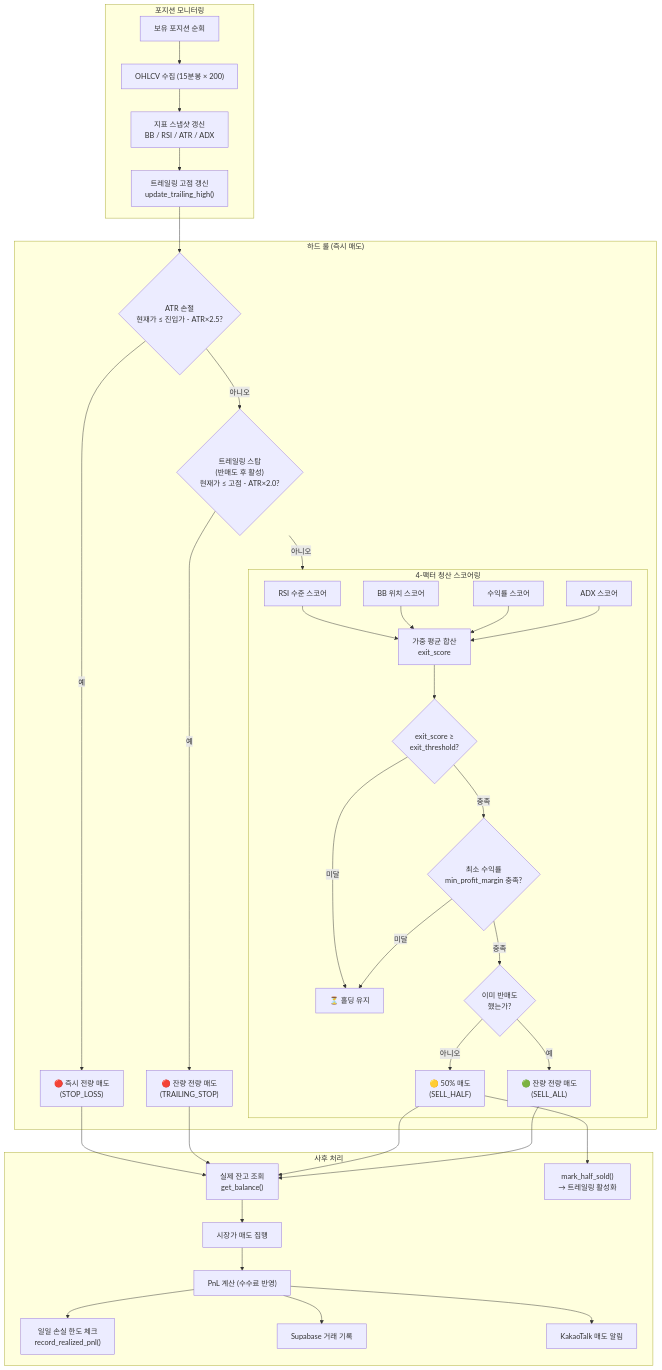
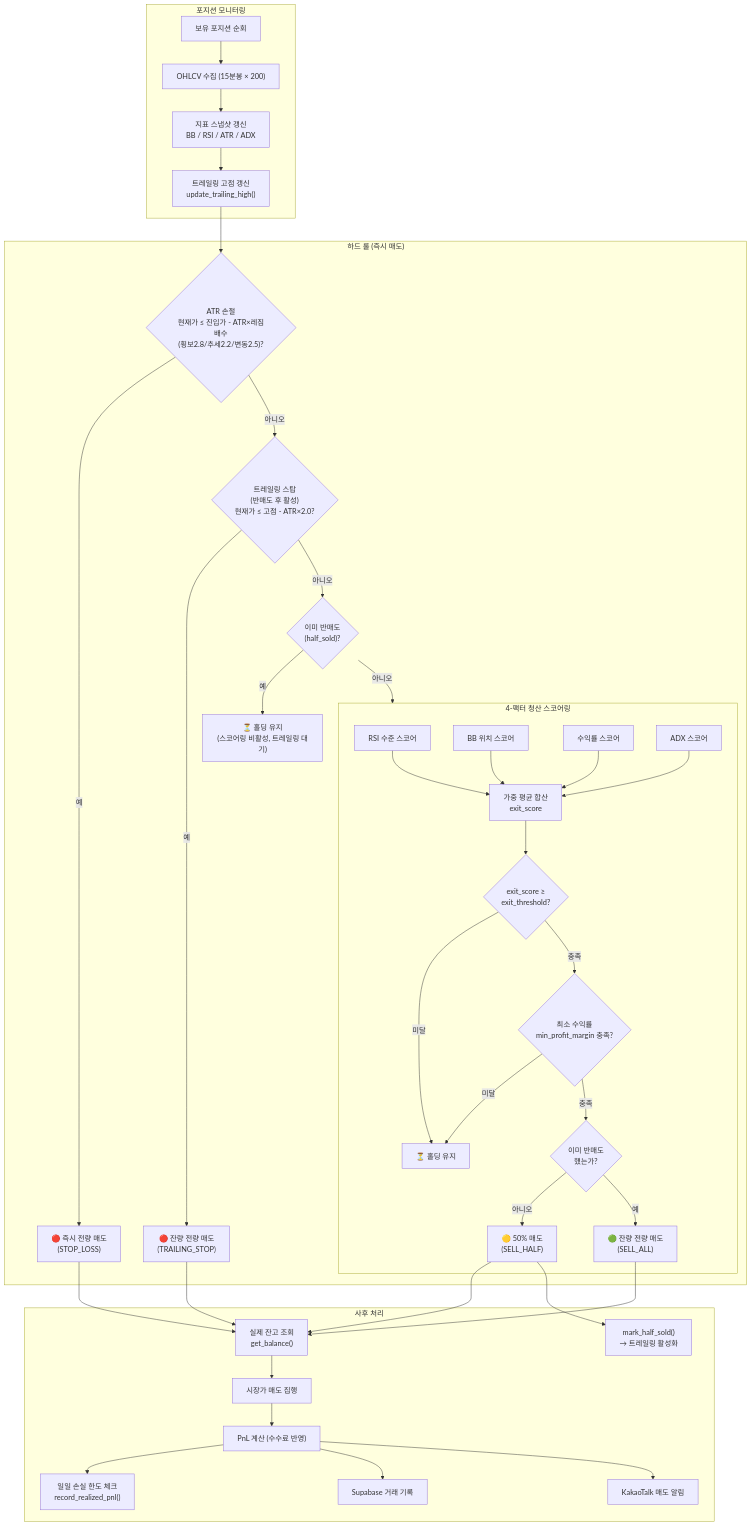
One commit to blackstarzck/zenith changed the second of 2 diagrams in docs/Algorithm_Specification.md. Above: the diagram before and after it, drawn with Mermaid. The commit also changed other lines of this file and 5 other files, not shown here.

First line of the commit message:
docs: GPT 전략 리팩터 반영 — 4개 문서 값/다이어그램 동기화

````diff
--- a/docs/Algorithm_Specification.md
+++ b/docs/Algorithm_Specification.md
@@ -123,40 +128,42 @@
 ```mermaid
 flowchart TD
     subgraph MONITOR["포지션 모니터링"]
         M1["보유 포지션 순회"] --> M2["OHLCV 수집 (15분봉 × 200)"]
         M2 --> M3["지표 스냅샷 갱신<br/>BB / RSI / ATR / ADX"]
         M3 --> M4["트레일링 고점 갱신<br/>update_trailing_high()"]
     end
 
     subgraph HARD["하드 룰 (즉시 매도)"]
-        M4 --> H1{"ATR 손절<br/>현재가 ≤ 진입가 - ATR×2.5?"}
+        M4 --> H1{"ATR 손절<br/>현재가 ≤ 진입가 - ATR×레짐배수<br/>(횡보2.8/추세2.2/변동2.5)?"}
         H1 -->|"예"| H2["🔴 즉시 전량 매도<br/>(STOP_LOSS)"]
         H1 -->|"아니오"| H3{"트레일링 스탑<br/>(반매도 후 활성)<br/>현재가 ≤ 고점 - ATR×2.0?"}
         H3 -->|"예"| H4["🔴 잔량 전량 매도<br/>(TRAILING_STOP)"]
-        H3 -->|"아니오"| EXIT_SCORE
+        H3 -->|"아니오"| H5{"이미 반매도<br/>(half_sold)?"}
+        H5 -->|"예"| H6["⏳ 홀딩 유지<br/>(스코어링 비활성, 트레일링 대기)"]
+        H5 -->|"아니오"| EXIT_SCORE
     end
 
     subgraph EXIT_SCORE["4-팩터 청산 스코어링"]
         E1["RSI 수준 스코어"] --> E5["가중 평균 합산<br/>exit_score"]
         E2["BB 위치 스코어"] --> E5
         E3["수익률 스코어"] --> E5
         E4["ADX 스코어"] --> E5
         E5 --> E6{"exit_score ≥<br/>exit_threshold?"}
         E6 -->|"미달"| E7["⏳ 홀딩 유지"]
         E6 -->|"충족"| E8{"최소 수익률<br/>min_profit_margin 충족?"}
         E8 -->|"미달"| E7
         E8 -->|"충족"| E9{"이미 반매도<br/>했는가?"}
         E9 -->|"아니오"| E10["🟡 50% 매도<br/>(SELL_HALF)"]
         E9 -->|"예"| E11["🟢 잔량 전량 매도<br/>(SELL_ALL)"]
     end
 
     subgraph POST["사후 처리"]
         H2 & H4 & E10 & E11 --> P1["실제 잔고 조회<br/>get_balance()"]
         P1 --> P2["시장가 매도 집행"]
         P2 --> P3["PnL 계산 (수수료 반영)"]
         P3 --> P4["일일 손실 한도 체크<br/>record_realized_pnl()"]
         P3 --> P5["Supabase 거래 기록"]
         P3 --> P6["KakaoTalk 매도 알림"]
         E10 --> P7["mark_half_sold()<br/>→ 트레일링 활성화"]
     end
 ```
````
